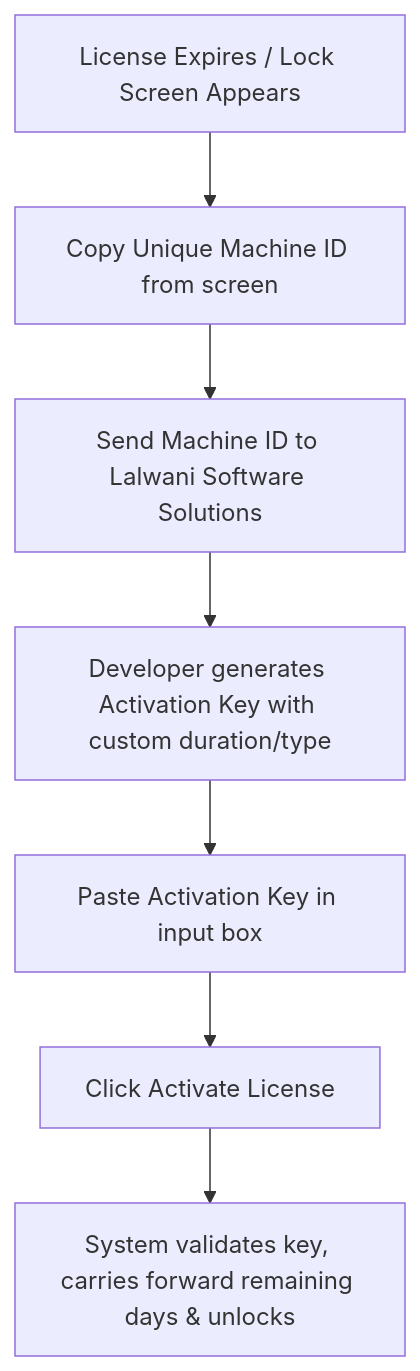
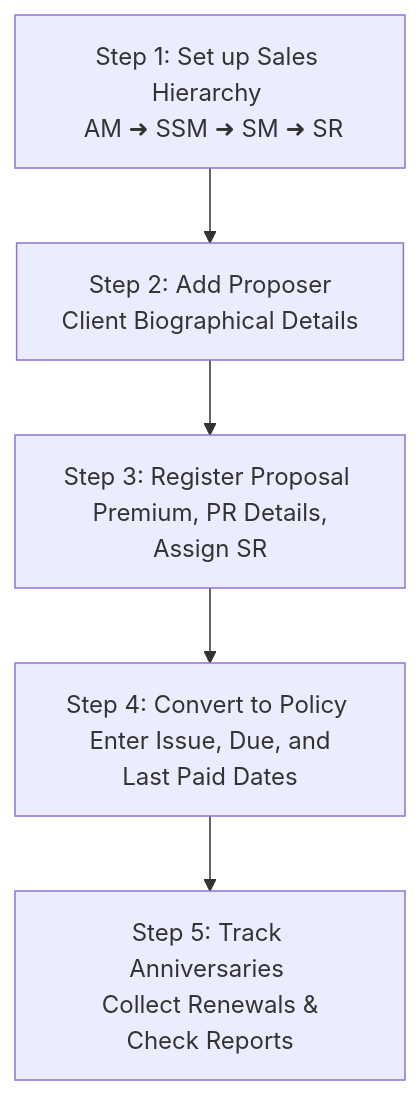
Before and after one commit to subhashprem/Insurance_Management_System: the diagram in User_Guide.md, drawn with Mermaid. The commit also changed other lines of this file and 18 other files, not shown here.

Commit message:
updated the license, validation and packaging functions and added shortcut keys in UI for client to use easily.

````diff
--- a/User_Guide.md
+++ b/User_Guide.md
@@ -261,9 +112,7 @@
 ```mermaid
 graph TD
-    A[License Expires / Lock Screen Appears] --> B[Copy Unique Machine ID from screen]
-    B --> C[Send Machine ID to Lalwani Software Solutions]
-    C --> D[Developer generates Activation Key with custom duration/type]
-    D --> E[Paste Activation Key in input box]
-    E --> F[Click Activate License]
-    F --> G[System validates key, carries forward remaining days & unlocks]
+    A[Step 1: Set up Sales Hierarchy <br/> AM ➜ SSM ➜ SM ➜ SR] --> B[Step 2: Add Proposer <br/> Client Biographical Details]
+    B --> C[Step 3: Register Proposal <br/> Premium, PR Details, Assign SR]
+    C --> D[Step 4: Convert to Policy <br/> Enter Issue, Due, and Last Paid Dates]
+    D --> E[Step 5: Track Anniversaries <br/> Collect Renewals & Check Reports]
 ```
````
